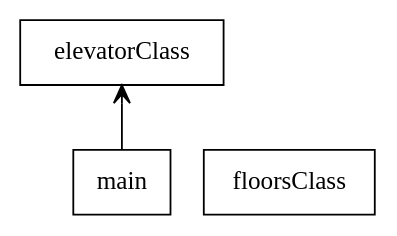
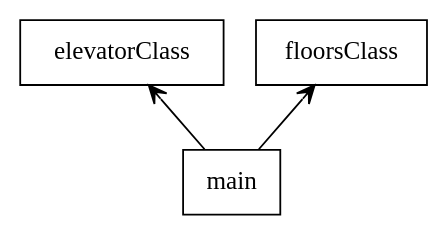
The diagram in packages_MyUML.dot (rtgfd157/ElevatorControllerProj), drawn with Graphviz before and after one commit. The commit also changed 6 other files, not shown here.

```diff
--- a/packages_MyUML.dot
+++ b/packages_MyUML.dot
@@ -1,8 +1,9 @@
 digraph "packages_MyUML" {
 charset="utf-8"
 rankdir=BT
 "0" [label="elevatorClass", shape="box"];
 "1" [label="floorsClass", shape="box"];
 "2" [label="main", shape="box"];
 "2" -> "0" [arrowhead="open", arrowtail="none"];
+"2" -> "1" [arrowhead="open", arrowtail="none"];
 }
```
